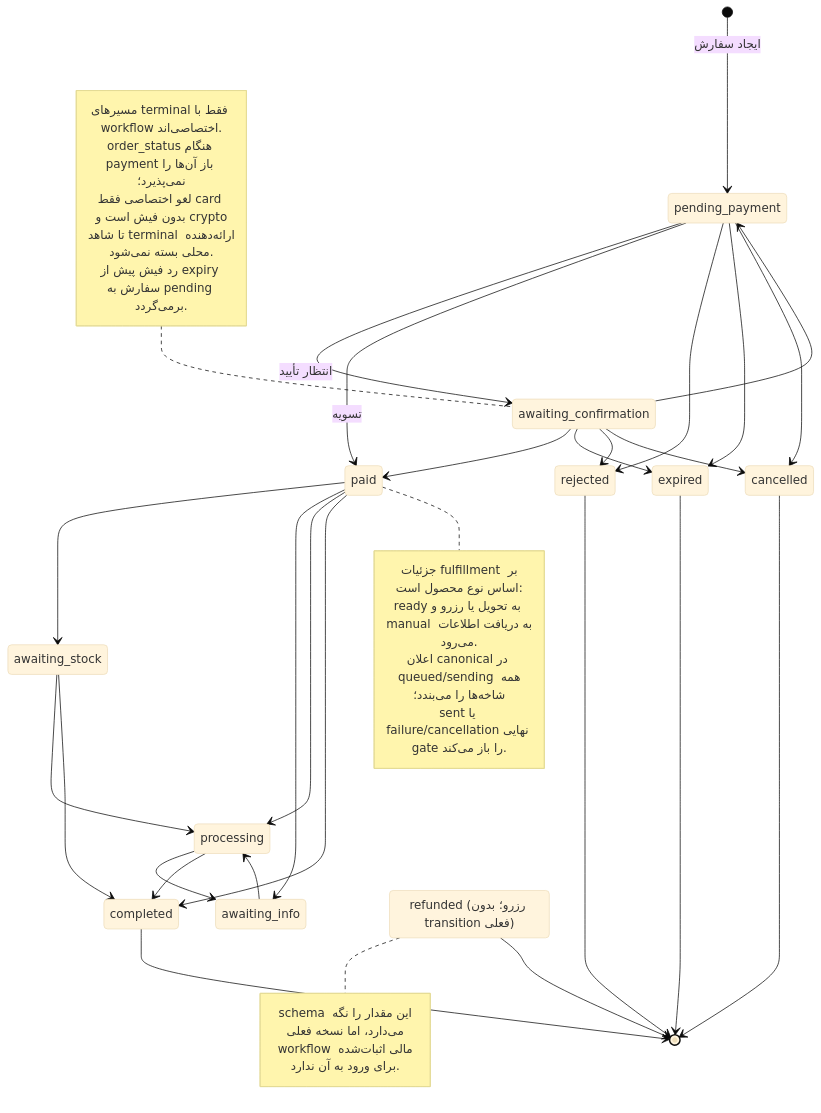
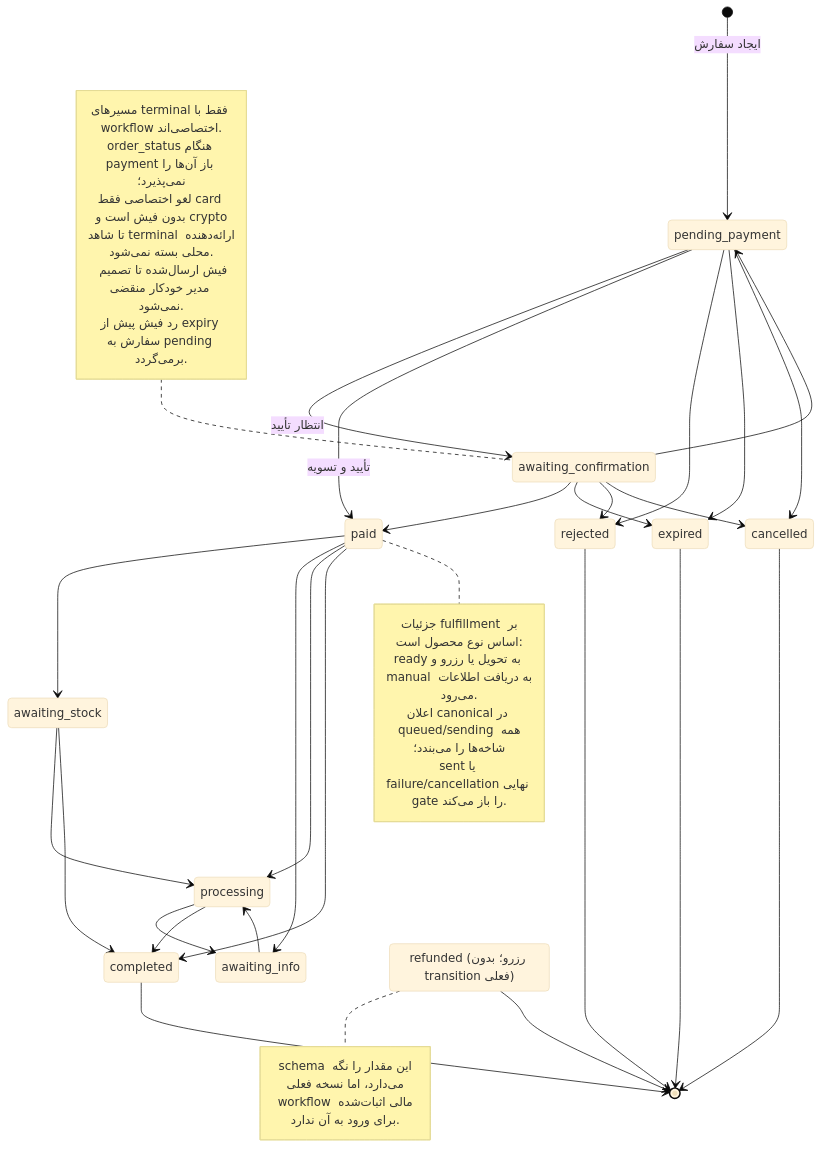
One commit to mohamadkheiry/aibotTelegram changed the diagram in docs/diagrams/13-order-state-machine.mmd. Above: the diagram before and after it, drawn with Mermaid (base theme). The commit also changed 49 other files, not shown here.

```diff
--- a/docs/diagrams/13-order-state-machine.mmd
+++ b/docs/diagrams/13-order-state-machine.mmd
@@ -1,65 +1,66 @@
 stateDiagram-v2
     [*] --> PendingPayment: ایجاد سفارش
 
     state "pending_payment" as PendingPayment
     state "awaiting_confirmation" as AwaitingConfirmation
     state "paid" as Paid
     state "awaiting_stock" as AwaitingStock
     state "awaiting_info" as AwaitingInfo
     state "processing" as Processing
     state "completed" as Completed
     state "rejected" as Rejected
     state "expired" as Expired
     state "cancelled" as Cancelled
     state "refunded (رزرو؛ بدون transition فعلی)" as Refunded
 
     PendingPayment --> AwaitingConfirmation: انتظار تأیید
-    PendingPayment --> Paid: تسویه
+    PendingPayment --> Paid: تأیید و تسویه
     PendingPayment --> Rejected
     PendingPayment --> Expired
     PendingPayment --> Cancelled
 
     AwaitingConfirmation --> Paid
     AwaitingConfirmation --> PendingPayment
     AwaitingConfirmation --> Expired
     AwaitingConfirmation --> Rejected
     AwaitingConfirmation --> Cancelled
 
     Paid --> AwaitingStock
     Paid --> AwaitingInfo
     Paid --> Processing
     Paid --> Completed
 
     AwaitingStock --> Processing
     AwaitingStock --> Completed
 
     AwaitingInfo --> Processing
 
     Processing --> AwaitingInfo
     Processing --> Completed
 
     note right of Refunded
         schema این مقدار را نگه می‌دارد، اما نسخه فعلی
         workflow مالی اثبات‌شده برای ورود به آن ندارد.
     end note
 
     note left of AwaitingConfirmation
         مسیرهای terminal فقط با workflow اختصاصی‌اند.
         order_status هنگام payment باز آن‌ها را نمی‌پذیرد؛
         لغو اختصاصی فقط card بدون فیش است و crypto
         تا شاهد terminal ارائه‌دهنده محلی بسته نمی‌شود.
+        فیش ارسال‌شده تا تصمیم مدیر خودکار منقضی نمی‌شود.
         رد فیش پیش از expiry سفارش به pending برمی‌گردد.
     end note
 
     note right of Paid
         جزئیات fulfillment بر اساس نوع محصول است:
         ready به تحویل یا رزرو و manual به دریافت اطلاعات می‌رود.
         اعلان canonical در queued/sending همه شاخه‌ها را می‌بندد؛
         sent یا failure/cancellation نهایی gate را باز می‌کند.
     end note
 
     Expired --> [*]
     Cancelled --> [*]
     Refunded --> [*]
     Completed --> [*]
     Rejected --> [*]
```
